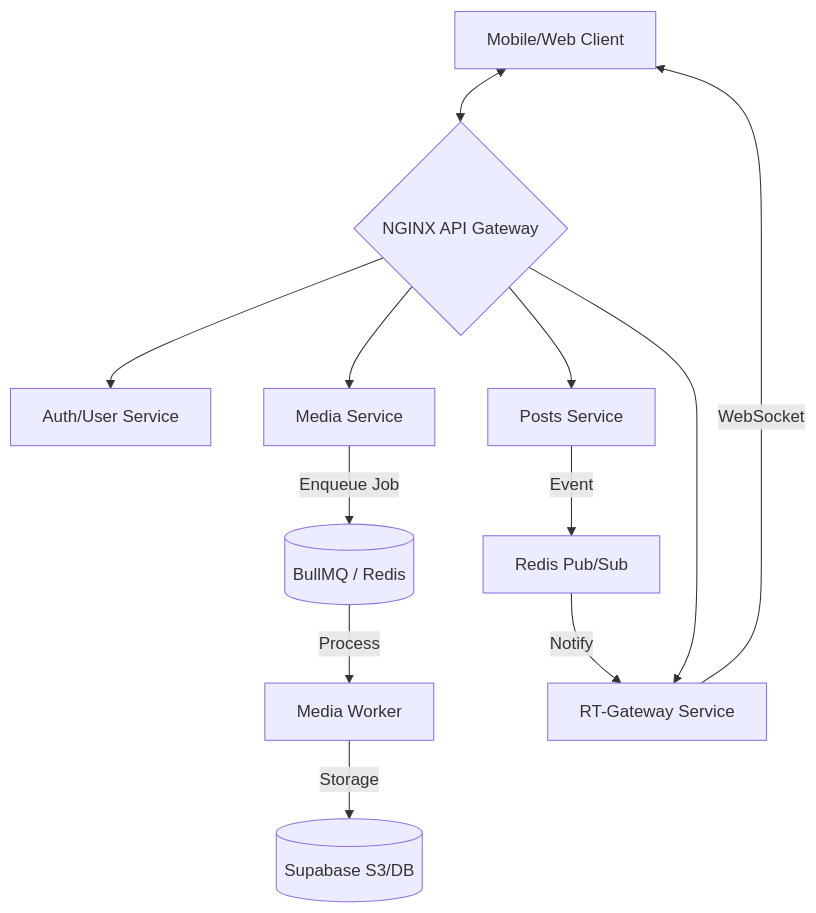
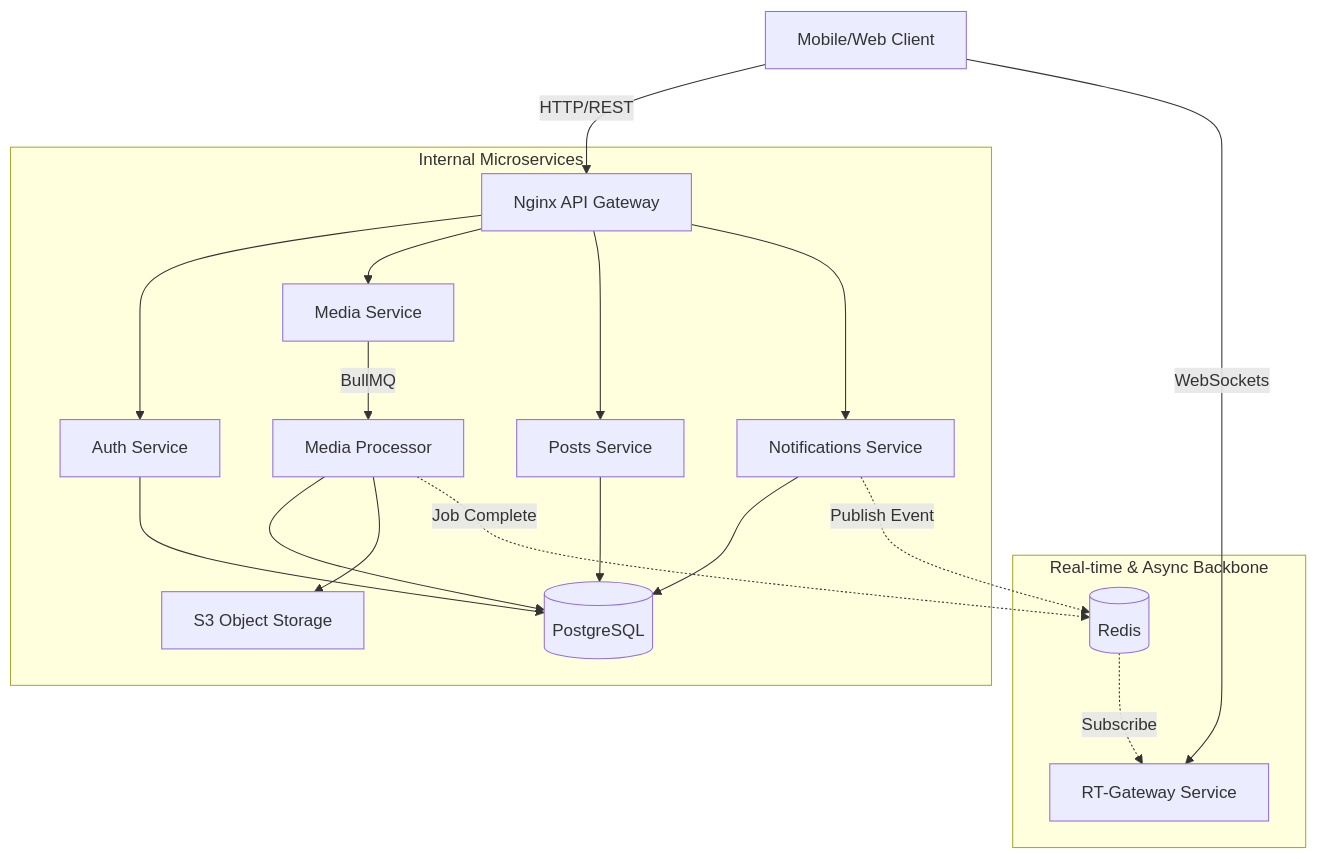
The diagram in whitepaper.md (akshatV21/lumina), drawn with Mermaid before and after one commit. The commit also changed other lines of this file and 1 other file, not shown here.

````diff
--- a/whitepaper.md
+++ b/whitepaper.md
@@ -21,16 +10,26 @@
 ```mermaid
 graph TD
-    Client[Mobile/Web Client] <--> Nginx{NGINX API Gateway}
-    Nginx --> Auth[Auth/User Service]
-    Nginx --> Media[Media Service]
-    Nginx --> Posts[Posts Service]
-    Nginx --> RTG[RT-Gateway Service]
-    
-    Media -- Enqueue Job --> BullMQ[(BullMQ / Redis)]
-    BullMQ -- Process --> Worker[Media Worker]
-    Worker -- Storage --> Supabase[(Supabase S3/DB)]
-    
-    Posts -- Event --> PubSub[Redis Pub/Sub]
-    PubSub -- Notify --> RTG
-    RTG -- WebSocket --> Client
+    Client[Mobile/Web Client] -->|HTTP/REST| Nginx[Nginx API Gateway]
+    Client -->|WebSockets| RTGateway[RT-Gateway Service]
+
+    subgraph "Internal Microservices"
+        Nginx --> Auth[Auth Service]
+        Nginx --> Media[Media Service]
+        Nginx --> Posts[Posts Service]
+        Nginx --> Notifs[Notifications Service]
+
+        Auth --> DB[(PostgreSQL)]
+        Posts --> DB
+        Notifs --> DB
+
+        Media -->|BullMQ| MediaWorker[Media Processor]
+        MediaWorker --> DB
+        MediaWorker --> Storage[S3 Object Storage]
+    end
+
+    subgraph "Real-time & Async Backbone"
+        MediaWorker -.->|Job Complete| Redis[(Redis)]
+        Notifs -.->|Publish Event| Redis
+        Redis -.->|Subscribe| RTGateway
+    end
 ```
````
